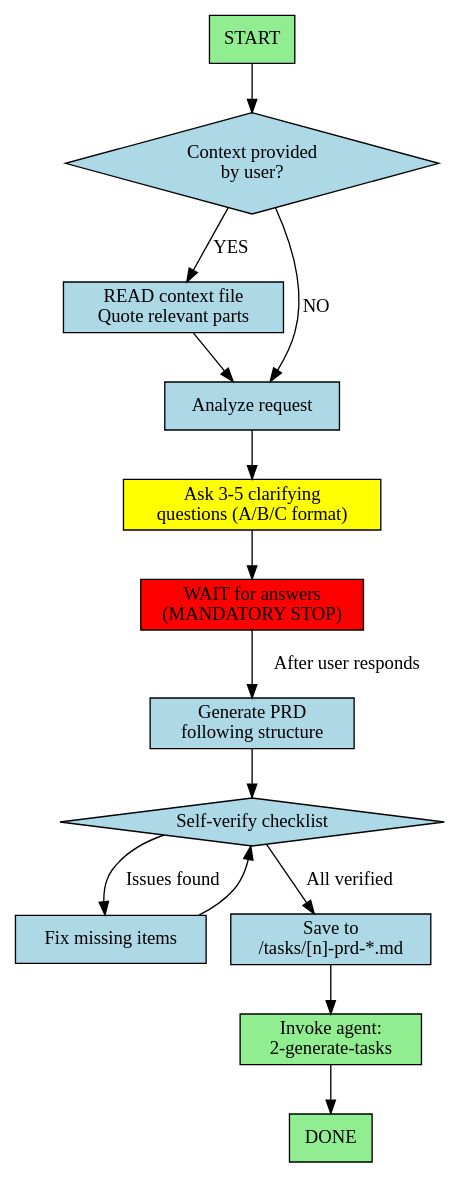
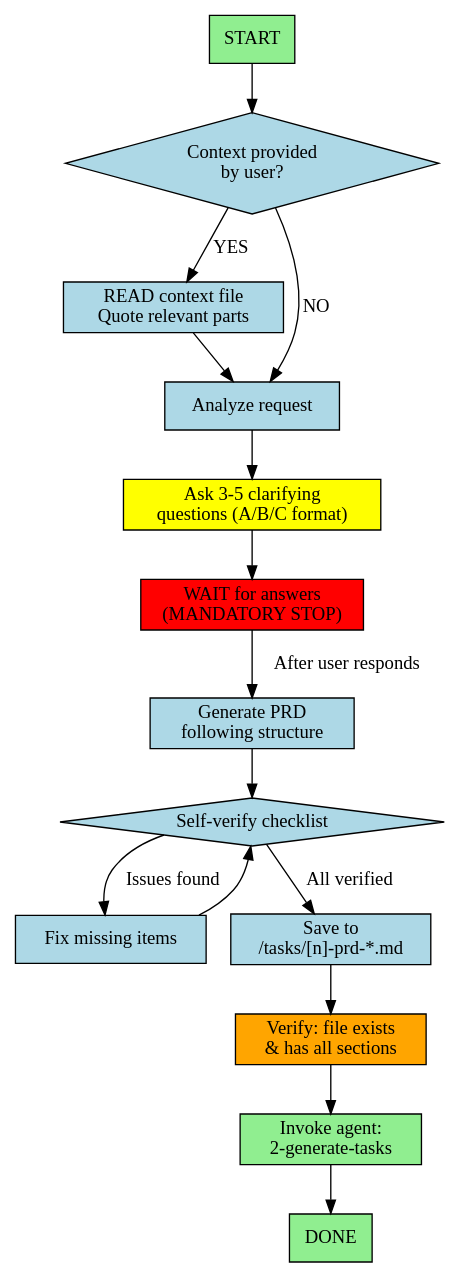
One commit to amrhas82/agentic-toolkit changed the diagram in ai/subagentic/claude/agents/1-create-prd.md. Above: the diagram before and after it, drawn with Graphviz. The commit also changed 2 other files, not shown here.

Commit message:
Phases 2-5: Subagent Isolation, TDD Hints, and Document Verification
Phase 2: 3-process-task-list.md - Subagent Isolation
- Updated digraph: replaced direct execute with subagent spawning pattern
- Added extract_context, check_tdd, spawn_tdd/spawn_no_tdd nodes
- Added verify_output node for verification before marking complete
- Added Context Extraction rules (INCLUDE/EXCLUDE)
- Added Verification Command Resolution table
- Added Subagent Dispatch section referencing subagent-spawning skill

Phase 3: 2-generate-tasks.md - TDD Hints
- Updated task template to include tdd: yes/no and verify: command metadata
- Added TDD Detection Table for determining when TDD is required
- Added examples showing proper task format with metadata

Phase 5: 1-create-prd.md - Document Verification
- Added verify_file node to ensure PRD file exists and has all sections

````diff
--- a/ai/subagentic/claude/agents/1-create-prd.md
+++ b/ai/subagentic/claude/agents/1-create-prd.md
@@ -12,33 +12,35 @@
 ```dot
 digraph CreatePRD {
   rankdir=TB;
   node [shape=box, style=filled, fillcolor=lightblue];
 
   start [label="START", fillcolor=lightgreen];
   context_given [label="Context provided\nby user?", shape=diamond];
   read_context [label="READ context file\nQuote relevant parts"];
   analyze [label="Analyze request"];
   ask_questions [label="Ask 3-5 clarifying\nquestions (A/B/C format)", fillcolor=yellow];
   wait_answers [label="WAIT for answers\n(MANDATORY STOP)", fillcolor=red];
   generate_prd [label="Generate PRD\nfollowing structure"];
   self_verify [label="Self-verify checklist", shape=diamond];
   fix_issues [label="Fix missing items"];
   save [label="Save to\n/tasks/[n]-prd-*.md"];
+  verify_file [label="Verify: file exists\n& has all sections", fillcolor=orange];
   invoke_next [label="Invoke agent:\n2-generate-tasks", fillcolor=lightgreen];
   done [label="DONE", fillcolor=lightgreen];
 
   start -> context_given;
   context_given -> read_context [label="YES"];
   context_given -> analyze [label="NO"];
   read_context -> analyze;
   analyze -> ask_questions;
   ask_questions -> wait_answers;
   wait_answers -> generate_prd [label="After user responds"];
   generate_prd -> self_verify;
   self_verify -> fix_issues [label="Issues found"];
   self_verify -> save [label="All verified"];
   fix_issues -> self_verify;
-  save -> invoke_next;
+  save -> verify_file;
+  verify_file -> invoke_next;
   invoke_next -> done;
 }
 ```
````
